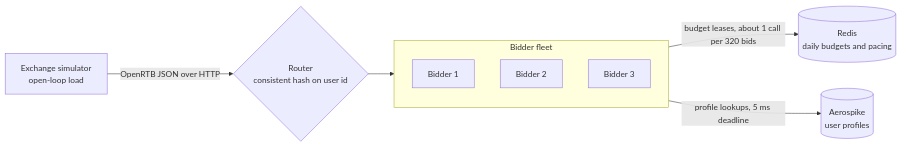
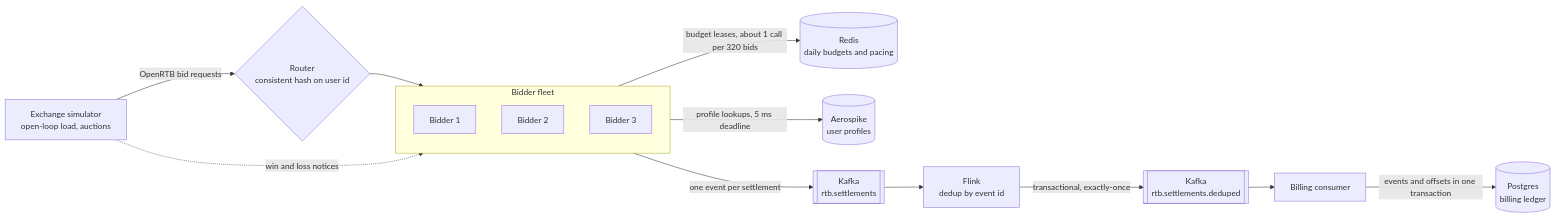
Before and after one commit to Sakshi3027/rtb-platform: the diagram in README.md, drawn with Mermaid. The commit also changed other lines of this file, not shown here.

Commit message:
docs: add settlement pipeline, reconciliation results, and the ID collision story to README

````diff
--- a/README.md
+++ b/README.md
@@ -22,12 +26,18 @@
 ```mermaid
 flowchart LR
-    SIM["Exchange simulator<br/>open-loop load"] -->|"OpenRTB JSON over HTTP"| LB{"Router<br/>consistent hash on user id"}
+    SIM["Exchange simulator<br/>open-loop load, auctions"] -->|"OpenRTB bid requests"| LB{"Router<br/>consistent hash on user id"}
     LB --> FLEET
+    SIM -.->|"win and loss notices"| FLEET
     subgraph FLEET["Bidder fleet"]
         B1["Bidder 1"]
         B2["Bidder 2"]
         B3["Bidder 3"]
     end
     FLEET -->|"budget leases, about 1 call per 320 bids"| REDIS[("Redis<br/>daily budgets and pacing")]
     FLEET -->|"profile lookups, 5 ms deadline"| AERO[("Aerospike<br/>user profiles")]
+    FLEET -->|"one event per settlement"| K1[["Kafka<br/>rtb.settlements"]]
+    K1 --> FLINK["Flink<br/>dedup by event id"]
+    FLINK -->|"transactional, exactly-once"| K2[["Kafka<br/>rtb.settlements.deduped"]]
+    K2 --> BILL["Billing consumer"]
+    BILL -->|"events and offsets in one transaction"| PG[("Postgres<br/>billing ledger")]
 ```
````
